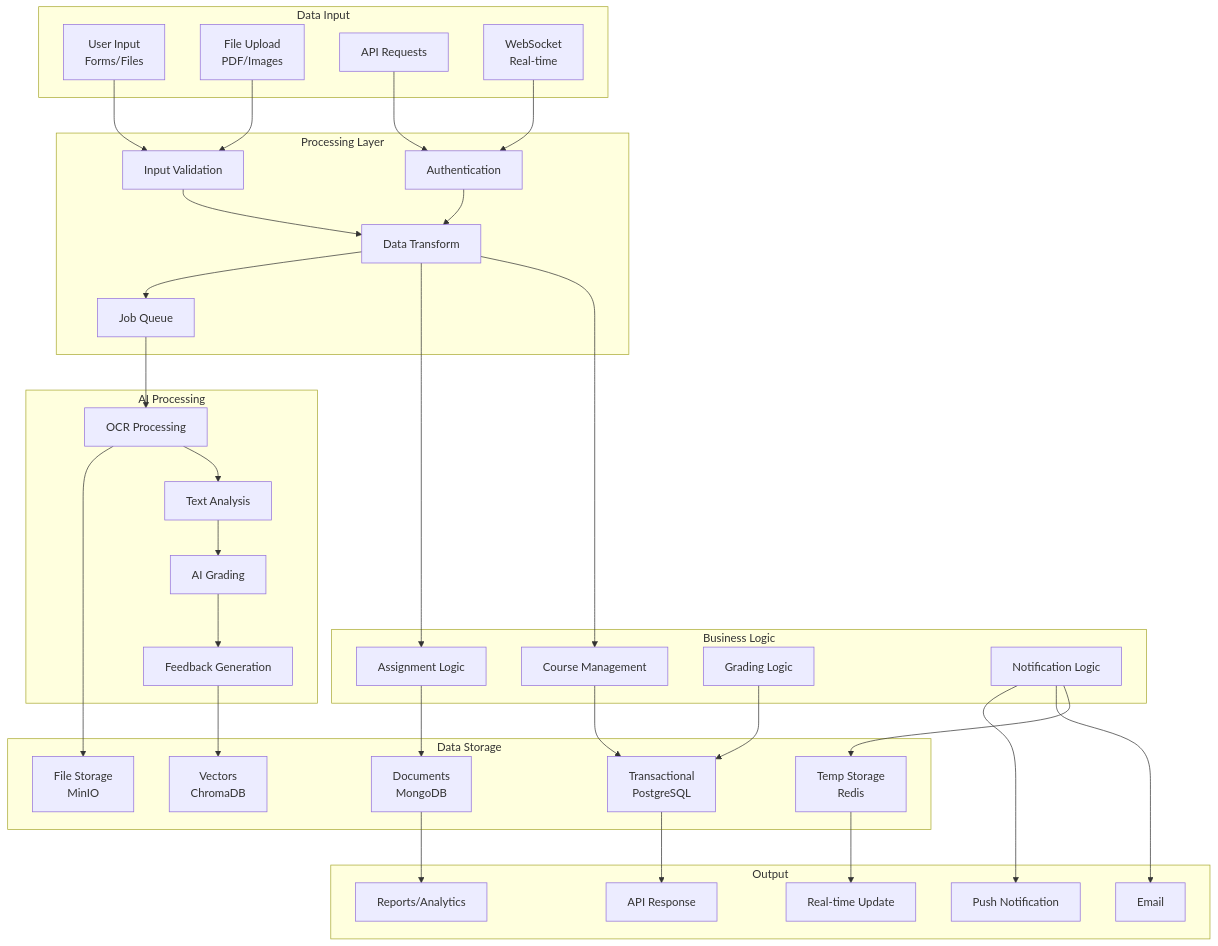
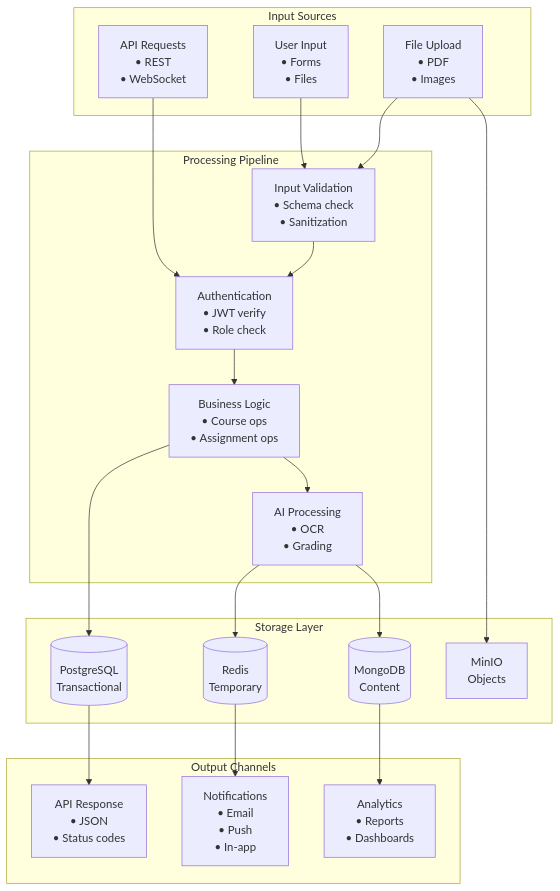
Before and after one commit to abdulrahman-riyad/Co-Learn: the seventh of 12 diagrams in diagrams-and-docs/mvp-documentation.md, drawn with Mermaid. The commit also changed other lines of this file and 31 other files, not shown here.

Commit message:
diagrams updated

````diff
--- a/diagrams-and-docs/mvp-documentation.md
+++ b/diagrams-and-docs/mvp-documentation.md
@@ -563,76 +384,45 @@
 ```mermaid
 graph TB
-    subgraph "Data Input"
-        UserInput[User Input<br/>Forms/Files]
-        FileUpload[File Upload<br/>PDF/Images]
-        APIRequest[API Requests]
-        WebSocket[WebSocket<br/>Real-time]
+    subgraph "Input Sources"
+        UserInput[User Input<br/>• Forms<br/>• Files]
+        FileUpload[File Upload<br/>• PDF<br/>• Images]
+        APIRequests[API Requests<br/>• REST<br/>• WebSocket]
     end
     
-    subgraph "Processing Layer"
-        Validation[Input Validation]
-        Auth[Authentication]
-        Transform[Data Transform]
-        Queue[Job Queue]
+    subgraph "Processing Pipeline"
+        Validation[Input Validation<br/>• Schema check<br/>• Sanitization]
+        Auth[Authentication<br/>• JWT verify<br/>• Role check]
+        BusinessLogic[Business Logic<br/>• Course ops<br/>• Assignment ops]
+        AIProcessing[AI Processing<br/>• OCR<br/>• Grading]
     end
     
-    subgraph "Business Logic"
-        CourseLogic[Course Management]
-        AssignLogic[Assignment Logic]
-        GradeLogic[Grading Logic]
-        NotifyLogic[Notification Logic]
+    subgraph "Storage Layer"
+        Primary[(PostgreSQL<br/>Transactional)]
+        Document[(MongoDB<br/>Content)]
+        Cache[(Redis<br/>Temporary)]
+        Files[MinIO<br/>Objects]
     end
     
-    subgraph "AI Processing"
-        OCRProcess[OCR Processing]
-        TextAnalysis[Text Analysis]
-        Grading[AI Grading]
-        FeedbackGen[Feedback Generation]
-    end
-    
-    subgraph "Data Storage"
-        TempStorage[Temp Storage<br/>Redis]
-        FileStorage[File Storage<br/>MinIO]
-        TransactionalDB[Transactional<br/>PostgreSQL]
-        DocumentDB[Documents<br/>MongoDB]
-        VectorDB[Vectors<br/>ChromaDB]
-    end
-    
-    subgraph "Output"
-        APIResponse[API Response]
-        EmailNotif[Email]
-        PushNotif[Push Notification]
-        RealtimeUpdate[Real-time Update]
-        Reports[Reports/Analytics]
+    subgraph "Output Channels"
+        APIResponse[API Response<br/>• JSON<br/>• Status codes]
+        Notifications[Notifications<br/>• Email<br/>• Push<br/>• In-app]
+        Analytics[Analytics<br/>• Reports<br/>• Dashboards]
     end
     
     UserInput --> Validation
     FileUpload --> Validation
-    APIRequest --> Auth
-    WebSocket --> Auth
+    APIRequests --> Auth
     
-    Validation --> Transform
-    Auth --> Transform
-    Transform --> CourseLogic
-    Transform --> AssignLogic
-    Transform --> Queue
+    Validation --> Auth
+    Auth --> BusinessLogic
+    BusinessLogic --> AIProcessing
     
-    Queue --> OCRProcess
-    OCRProcess --> TextAnalysis
-    TextAnalysis --> Grading
-    Grading --> FeedbackGen
+    BusinessLogic --> Primary
+    AIProcessing --> Document
+    AIProcessing --> Cache
+    FileUpload --> Files
     
-    CourseLogic --> TransactionalDB
-    AssignLogic --> DocumentDB
-    GradeLogic --> TransactionalDB
-    NotifyLogic --> TempStorage
-    
-    OCRProcess --> FileStorage
-    FeedbackGen --> VectorDB
-    
-    TransactionalDB --> APIResponse
-    DocumentDB --> Reports
-    TempStorage --> RealtimeUpdate
-    NotifyLogic --> EmailNotif
-    NotifyLogic --> PushNotif
+    Primary --> APIResponse
+    Document --> Analytics
+    Cache --> Notifications
 ```
````
